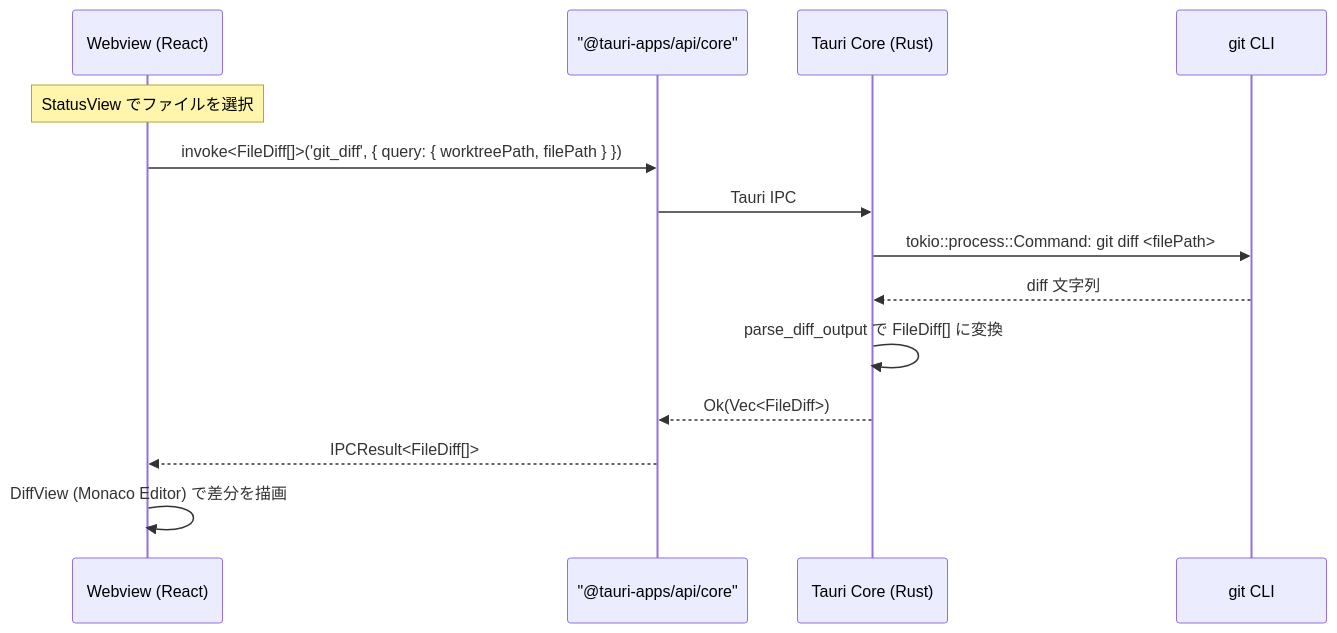
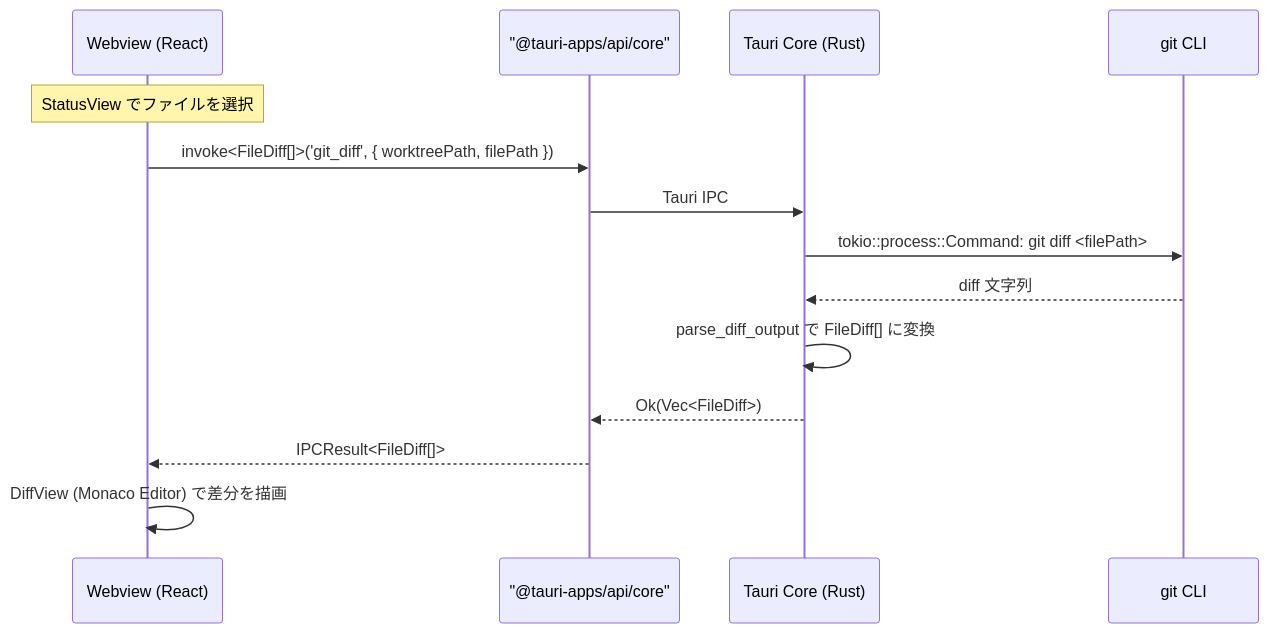
The third of 4 diagrams in .sdd/specification/repository-viewer_spec.md (ToshikiImagawa/Buruma), drawn with Mermaid before and after one commit. The commit also changed other lines of this file and 24 other files, not shown here.

````diff
--- a/.sdd/specification/repository-viewer_spec.md
+++ b/.sdd/specification/repository-viewer_spec.md
@@ -417,16 +420,16 @@
 ```mermaid
 sequenceDiagram
     participant Webview as Webview (React)
     participant Invoke as "@tauri-apps/api/core"
     participant Core as Tauri Core (Rust)
     participant Git as git CLI
     Note over Webview: StatusView でファイルを選択
-    Webview ->> Invoke: invoke<FileDiff[]>('git_diff', { query: { worktreePath, filePath } })
+    Webview ->> Invoke: invoke<FileDiff[]>('git_diff', { worktreePath, filePath })
     Invoke ->> Core: Tauri IPC
     Core ->> Git: tokio::process::Command: git diff <filePath>
     Git -->> Core: diff 文字列
     Core ->> Core: parse_diff_output で FileDiff[] に変換
     Core -->> Invoke: Ok(Vec<FileDiff>)
     Invoke -->> Webview: IPCResult<FileDiff[]>
     Webview ->> Webview: DiffView (Monaco Editor) で差分を描画
 ```
````
